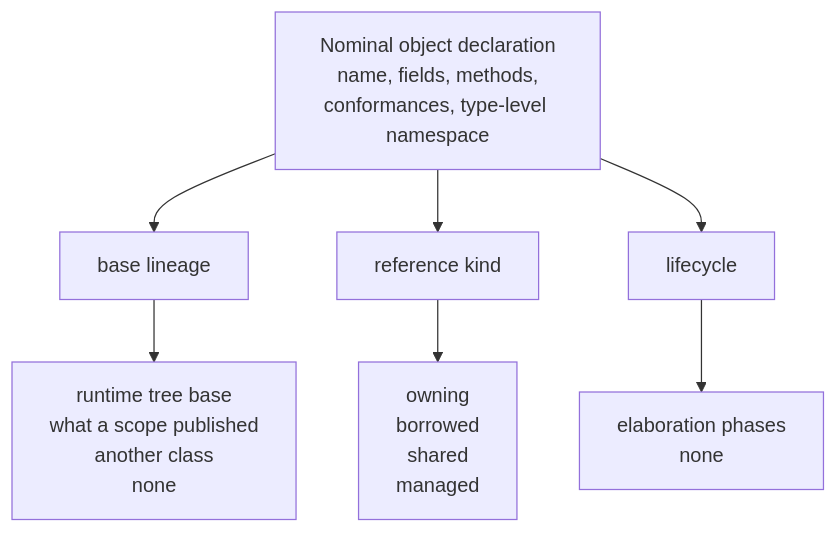
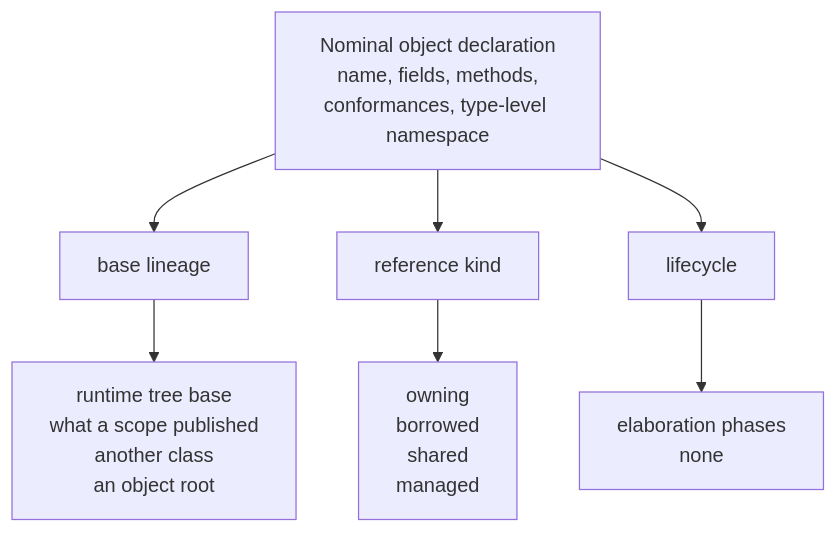
One commit to hankhsu1996/lyra changed the diagram in docs/architecture/object_model.md. Above: the diagram before and after it, drawn with Mermaid. The commit also changed other lines of this file and 332 other files, not shown here.

````diff
--- a/docs/architecture/object_model.md
+++ b/docs/architecture/object_model.md
@@ -21,10 +31,10 @@
 ```mermaid
 flowchart TD
   D[Nominal object declaration<br/>name, fields, methods,<br/>conformances, type-level namespace]
   D --> A1[base lineage]
   D --> A2[reference kind]
   D --> A3[lifecycle]
-  A1 --> V1[runtime tree base<br/>what a scope published<br/>another class<br/>none]
+  A1 --> V1[runtime tree base<br/>what a scope published<br/>another class<br/>an object root]
   A2 --> V2[owning<br/>borrowed<br/>shared<br/>managed]
   A3 --> V3[elaboration phases<br/>none]
 ```
````
